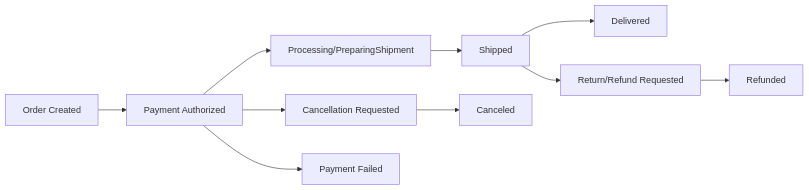
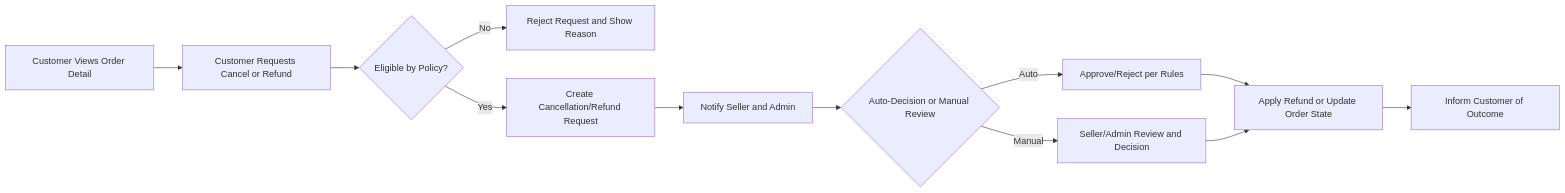
The second of 2 diagrams in openai/gpt-5.1/shopping/docs/analysis/06-cart-wishlist-and-order-flow.md (wrtnlabs/autobe-examples), drawn with Mermaid before and after one commit. The commit also changed other lines of this file and 8017 other files, not shown here.

````diff
--- a/openai/gpt-5.1/shopping/docs/analysis/06-cart-wishlist-and-order-flow.md
+++ b/openai/gpt-5.1/shopping/docs/analysis/06-cart-wishlist-and-order-flow.md
@@ -397,12 +300,14 @@
 ```mermaid
 graph LR
-  O1["Order Created"] --> O2["Payment Authorized"]
-  O2 --> O3["Processing/PreparingShipment"]
-  O3 --> O4["Shipped"]
-  O4 --> O5["Delivered"]
-  O2 --> OC1["Cancellation Requested"]
-  OC1 --> OC2["Canceled"]
-  O4 --> OR1["Return/Refund Requested"]
-  OR1 --> OR2["Refunded"]
-  O2 --> OPF["Payment Failed"]
+  A["Customer Views Order Detail"] --> B["Customer Requests Cancel or Refund"]
+  B --> C{"Eligible by Policy?"}
+  C -->|"No"| D["Reject Request and Show Reason"]
+  C -->|"Yes"| E["Create Cancellation/Refund Request"]
+  E --> F["Notify Seller and Admin"]
+  F --> G{"Auto-Decision or Manual Review"}
+  G -->|"Auto"| H["Approve/Reject per Rules"]
+  G -->|"Manual"| I["Seller/Admin Review and Decision"]
+  H --> J["Apply Refund or Update Order State"]
+  I --> J
+  J --> K["Inform Customer of Outcome"]
 ```
````
